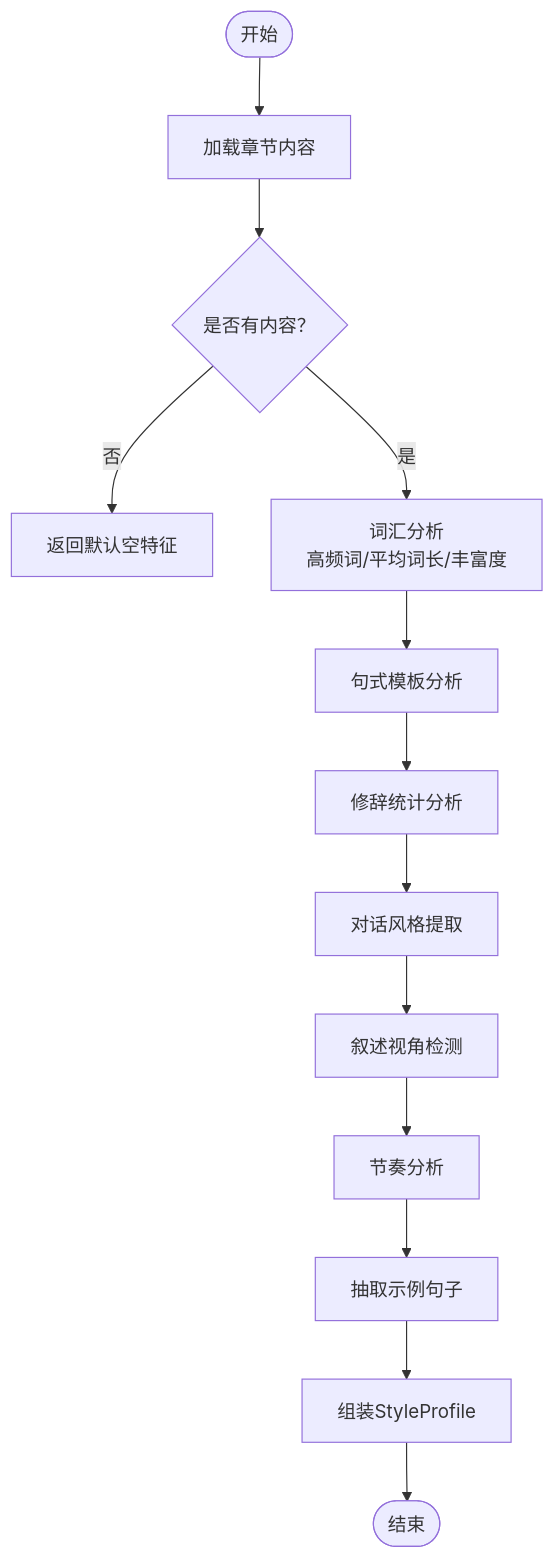
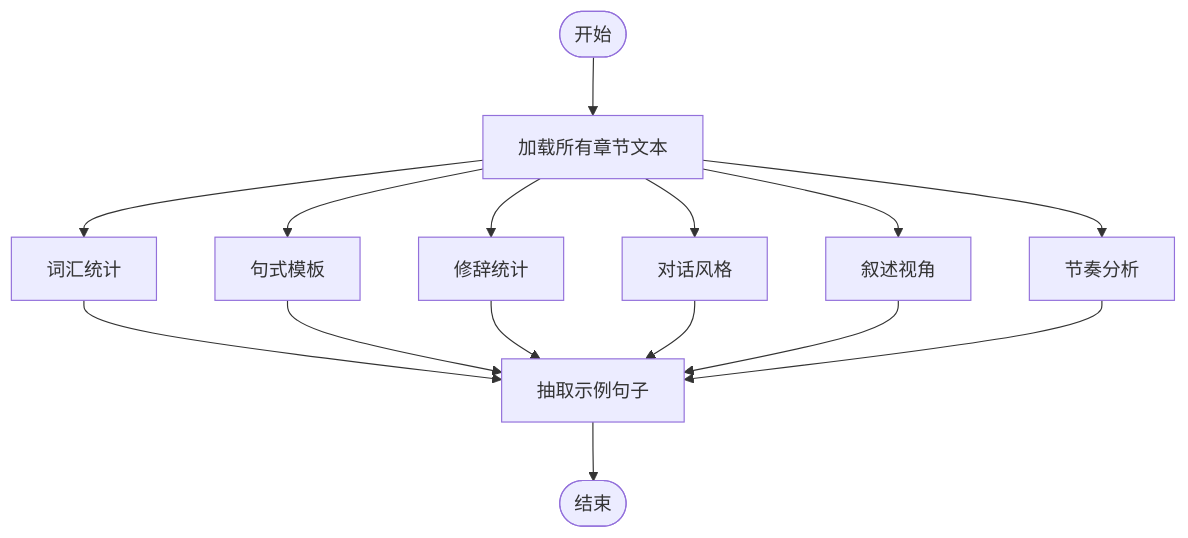
The fourth of 7 diagrams in .qoder/repowiki/zh/content/API接口文档/内容分析API.md (octsfm/InkTrace), drawn with Mermaid before and after one commit. The commit also changed other lines of this file and 179 other files, not shown here.

````diff
--- a/.qoder/repowiki/zh/content/API接口文档/内容分析API.md
+++ b/.qoder/repowiki/zh/content/API接口文档/内容分析API.md
@@ -178,15 +262,17 @@
 ```mermaid
 flowchart TD
-Start(["开始"]) --> Load["加载章节内容"]
-Load --> Empty{"是否有内容？"}
-Empty -- 否 --> ReturnEmpty["返回默认空特征"]
-Empty -- 是 --> Vocab["词汇分析<br/>高频词/平均词长/丰富度"]
-Vocab --> Patterns["句式模板分析"]
-Patterns --> Rhetoric["修辞统计分析"]
-Rhetoric --> Dialogue["对话风格提取"]
-Dialogue --> Voice["叙述视角检测"]
-Voice --> Pacing["节奏分析"]
-Pacing --> Sample["抽取示例句子"]
-Sample --> Build["组装StyleProfile"]
-Build --> End(["结束"])
+S(["开始"]) --> Load["加载所有章节文本"]
+Load --> Vocab["词汇统计"]
+Load --> Patterns["句式模板"]
+Load --> Rhetoric["修辞统计"]
+Load --> Dialogue["对话风格"]
+Load --> Voice["叙述视角"]
+Load --> Pacing["节奏分析"]
+Vocab --> Sample["抽取示例句子"]
+Patterns --> Sample
+Rhetoric --> Sample
+Dialogue --> Sample
+Voice --> Sample
+Pacing --> Sample
+Sample --> E(["结束"])
 ```
````
